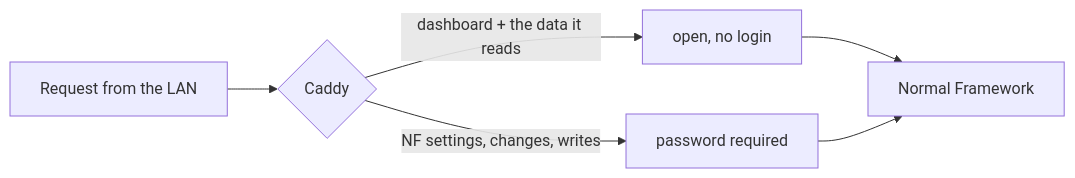
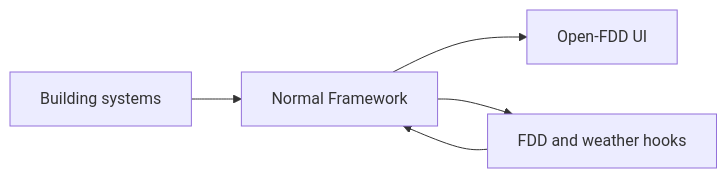
The diagram in docs/architecture.md (bbartling/open-fdd), drawn with Mermaid before and after one commit. The commit also changed other lines of this file and 75 other files, not shown here.

First line of the commit message:
Open-FDD 5.0.12: chart time ranges, Faults-lane polish, schema preflight, docs cleanup (#1583)

````diff
--- a/docs/architecture.md
+++ b/docs/architecture.md
@@ -52,6 +11,7 @@
 ```mermaid
 flowchart LR
-  REQ[Request from the LAN] --> CADDY{Caddy}
-  CADDY -- dashboard + the data it reads --> OPEN[open, no login] --> NF[Normal Framework]
-  CADDY -- NF settings, changes, writes --> LOCK[password required] --> NF
+  BAS[Building systems] --> NF[Normal Framework]
+  NF --> UI[Open-FDD UI]
+  NF --> FDD[FDD and weather hooks]
+  FDD --> NF
 ```
````
